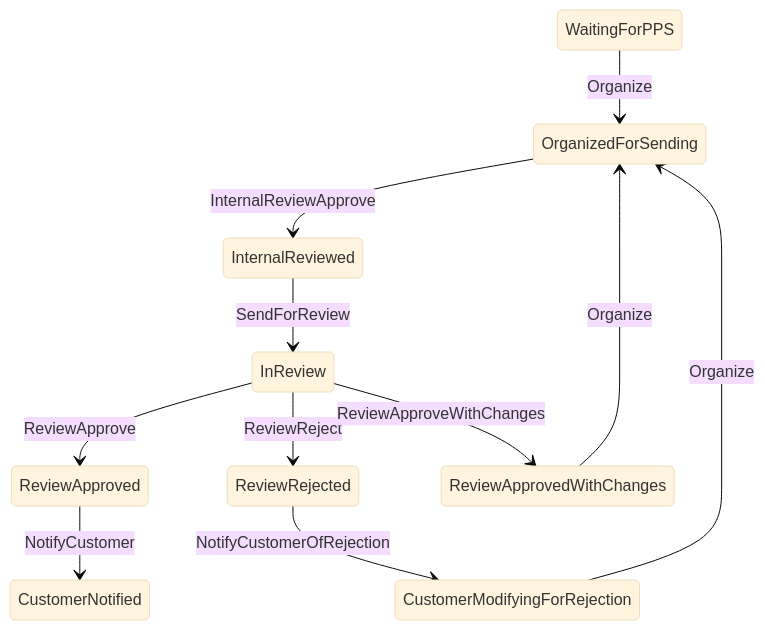
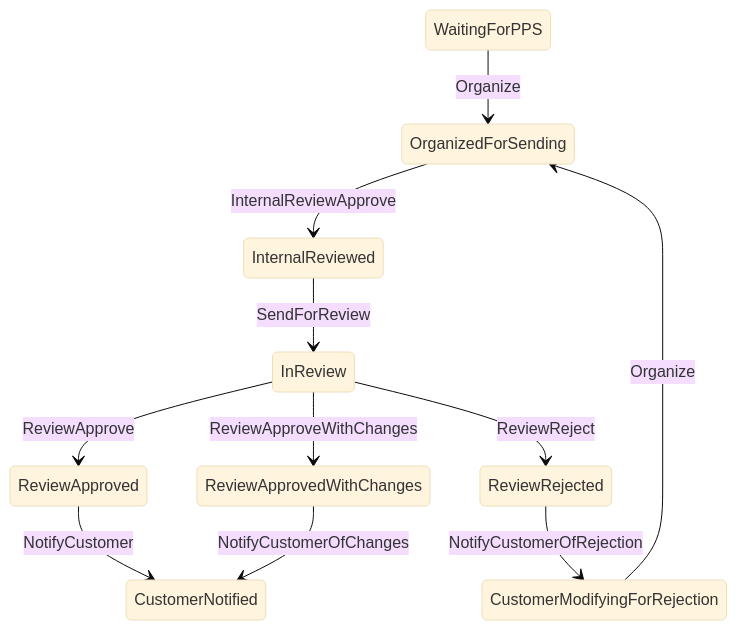
The diagram in docs/PPS.mermaid (FIPOCHINA/fipo-fsm), drawn with Mermaid (base theme) before and after one commit. The commit also changed 3 other files, not shown here.

```diff
--- a/docs/PPS.mermaid
+++ b/docs/PPS.mermaid
@@ -1,11 +1,11 @@
 stateDiagram-v2
 WaitingForPPS --> OrganizedForSending : Organize
 OrganizedForSending --> InternalReviewed : InternalReviewApprove
 InternalReviewed --> InReview : SendForReview
 InReview --> ReviewApproved : ReviewApprove
 InReview --> ReviewRejected : ReviewReject
 InReview --> ReviewApprovedWithChanges : ReviewApproveWithChanges
 ReviewApproved --> CustomerNotified : NotifyCustomer
 ReviewRejected --> CustomerModifyingForRejection : NotifyCustomerOfRejection
 CustomerModifyingForRejection --> OrganizedForSending : Organize
-ReviewApprovedWithChanges --> OrganizedForSending : Organize
+ReviewApprovedWithChanges --> CustomerNotified : NotifyCustomerOfChanges
```
